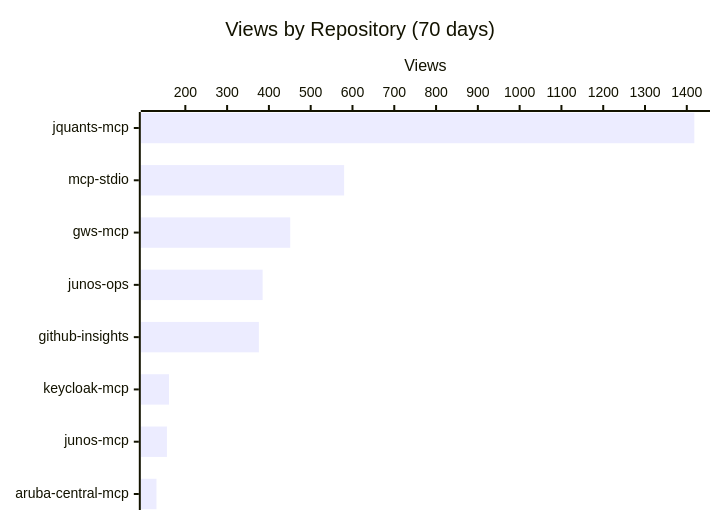
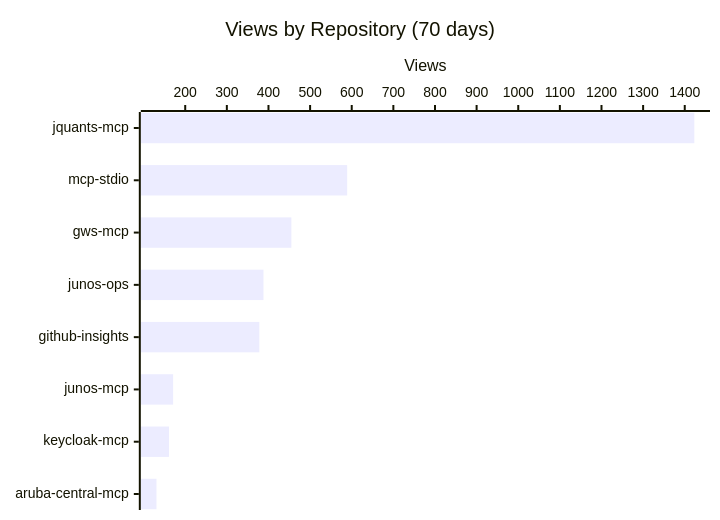
The first of 3 diagrams in README.md (shigechika/github-insights), drawn with Mermaid before and after one commit. The commit also changed other lines of this file and 2 other files, not shown here.

````diff
--- a/README.md
+++ b/README.md
@@ -18,7 +18,7 @@
 ```mermaid
 xychart-beta horizontal
     title "Views by Repository (70 days)"
-    x-axis ["jquants-mcp", "mcp-stdio", "gws-mcp", "junos-ops", "github-insights", "keycloak-mcp", "junos-mcp", "aruba-central-mcp"]
+    x-axis ["jquants-mcp", "mcp-stdio", "gws-mcp", "junos-ops", "github-insights", "junos-mcp", "keycloak-mcp", "aruba-central-mcp"]
     y-axis "Views"
-    bar [1418, 580, 451, 385, 376, 161, 156, 131]
+    bar [1423, 589, 455, 388, 378, 171, 161, 131]
 ```
````
